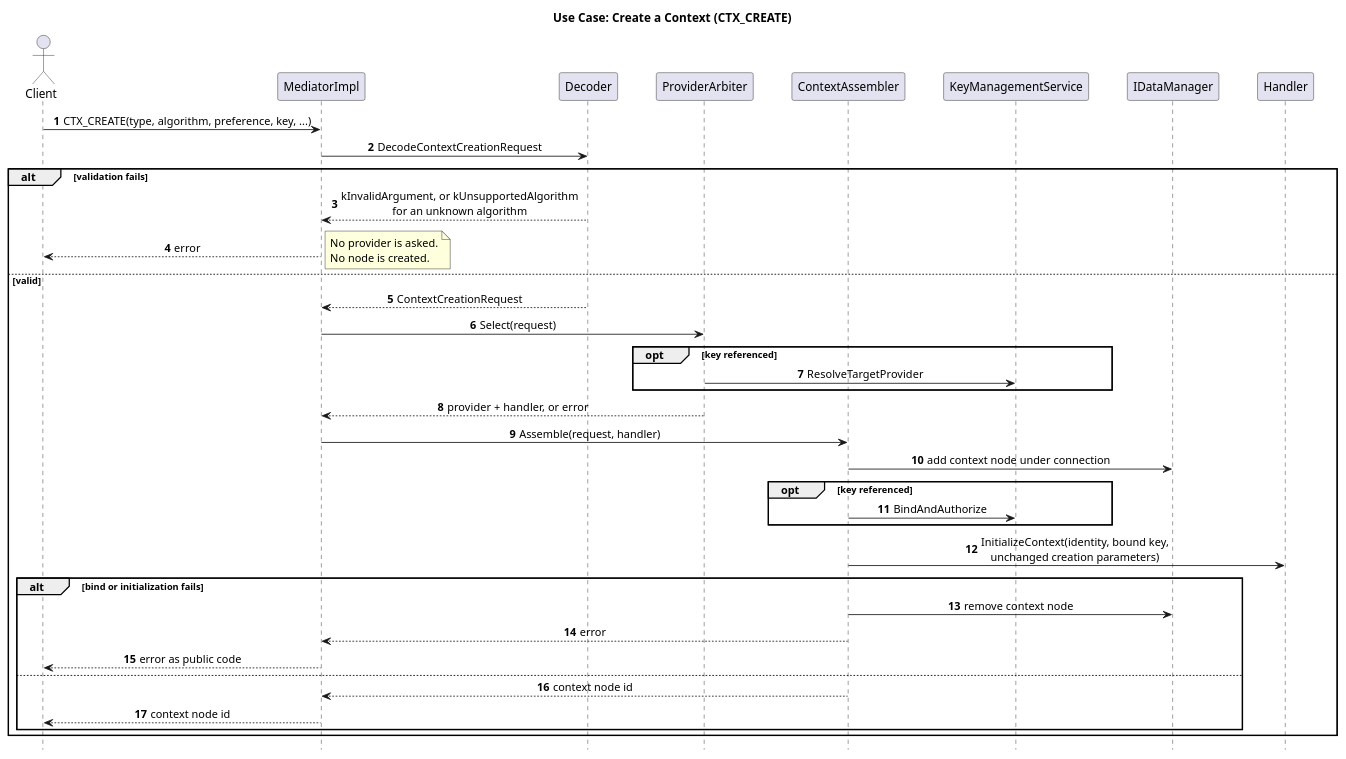
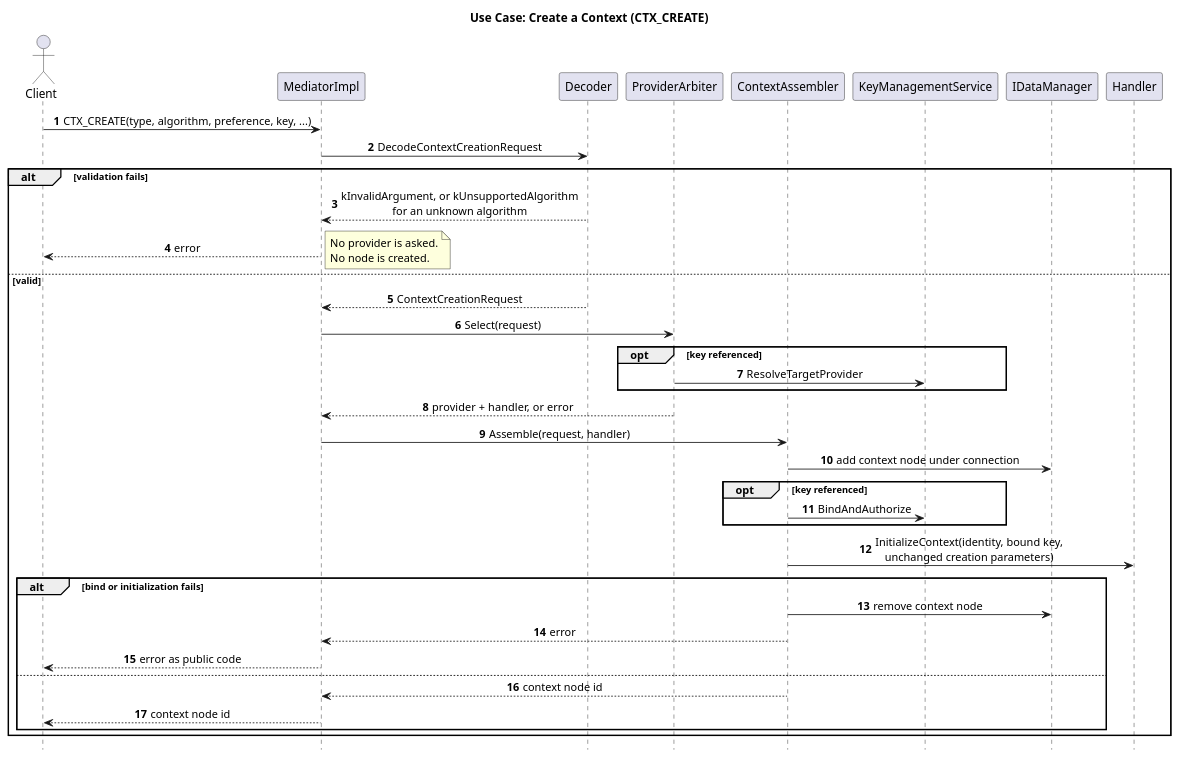
One commit to eclipse-score/crypto changed the diagram in score/crypto/src/daemon/mediator/docs/detailed_design/uc_context_creation.puml. Above: the diagram before and after it, drawn with PlantUML. The commit also changed 6 other files, not shown here.

```diff
--- a/score/crypto/src/daemon/mediator/docs/detailed_design/uc_context_creation.puml
+++ b/score/crypto/src/daemon/mediator/docs/detailed_design/uc_context_creation.puml
@@ -14,47 +14,46 @@
 @startuml uc_context_creation
 title Use Case: Create a Context (CTX_CREATE)
 autonumber
 hide footbox
 skinparam shadowing false
 skinparam defaultFontName Arial
-skinparam ParticipantPadding 18
 skinparam sequenceMessageAlign center
 
 actor Client
 participant "MediatorImpl" as Mediator
 participant "Decoder" as Decoder
 participant "ProviderArbiter" as Arbiter
 participant "ContextAssembler" as Assembler
 participant "KeyManagementService" as KeyMgmt
 participant "IDataManager" as DataMgr
 participant "Handler" as Handler
 
 Client -> Mediator : CTX_CREATE(type, algorithm, preference, key, ...)
 Mediator -> Decoder : DecodeContextCreationRequest
 alt validation fails
   Decoder --> Mediator : kInvalidArgument, or kUnsupportedAlgorithm\nfor an unknown algorithm
   Mediator --> Client : error
   note right: No provider is asked.\nNo node is created.
 else valid
   Decoder --> Mediator : ContextCreationRequest
   Mediator -> Arbiter : Select(request)
   opt key referenced
     Arbiter -> KeyMgmt : ResolveTargetProvider
   end
   Arbiter --> Mediator : provider + handler, or error
   Mediator -> Assembler : Assemble(request, handler)
   Assembler -> DataMgr : add context node under connection
   opt key referenced
     Assembler -> KeyMgmt : BindAndAuthorize
   end
   Assembler -> Handler : InitializeContext(identity, bound key,\nunchanged creation parameters)
   alt bind or initialization fails
     Assembler -> DataMgr : remove context node
     Assembler --> Mediator : error
     Mediator --> Client : error as public code
   else
     Assembler --> Mediator : context node id
     Mediator --> Client : context node id
   end
 end
 @enduml
```
